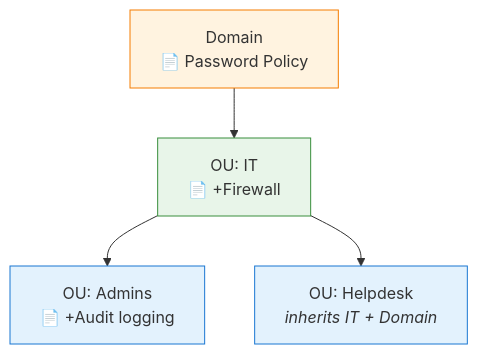
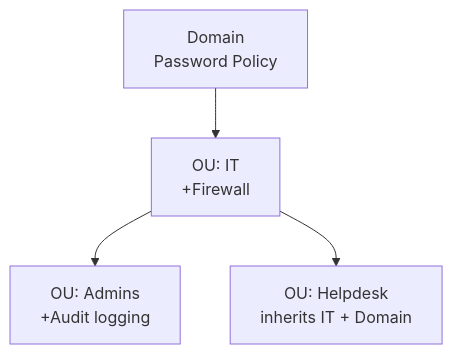
Before and after one commit to farzaliyevemil/infoseclessons: the second of 2 diagrams in docs/servers/group-policy.md, drawn with Mermaid. The commit also changed other lines of this file and 1 other file, not shown here.

First line of the commit message:
Rewrite Group Policy lesson with full lab scenario

````diff
--- a/docs/servers/group-policy.md
+++ b/docs/servers/group-policy.md
@@ -70,10 +380,6 @@
 ```mermaid
 flowchart TD
-    D["Domain<br/>📄 Password Policy"] --> IT["OU: IT<br/>📄 +Firewall"]
-    IT --> Admins["OU: Admins<br/>📄 +Audit logging"]
-    IT --> Helpdesk["OU: Helpdesk<br/><i>inherits IT + Domain</i>"]
-    style D fill:#fff3e0,stroke:#f57c00
-    style IT fill:#e8f5e9,stroke:#388e3c
-    style Admins fill:#e3f2fd,stroke:#1976d2
-    style Helpdesk fill:#e3f2fd,stroke:#1976d2
+    D["Domain<br/>Password Policy"] --> IT["OU: IT<br/>+Firewall"]
+    IT --> Admins["OU: Admins<br/>+Audit logging"]
+    IT --> Helpdesk["OU: Helpdesk<br/>inherits IT + Domain"]
 ```
````
